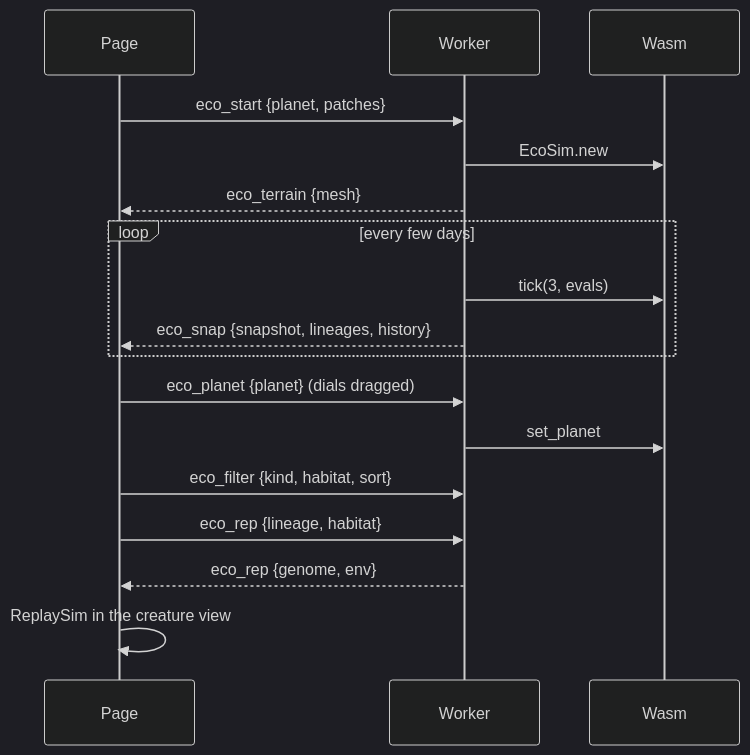
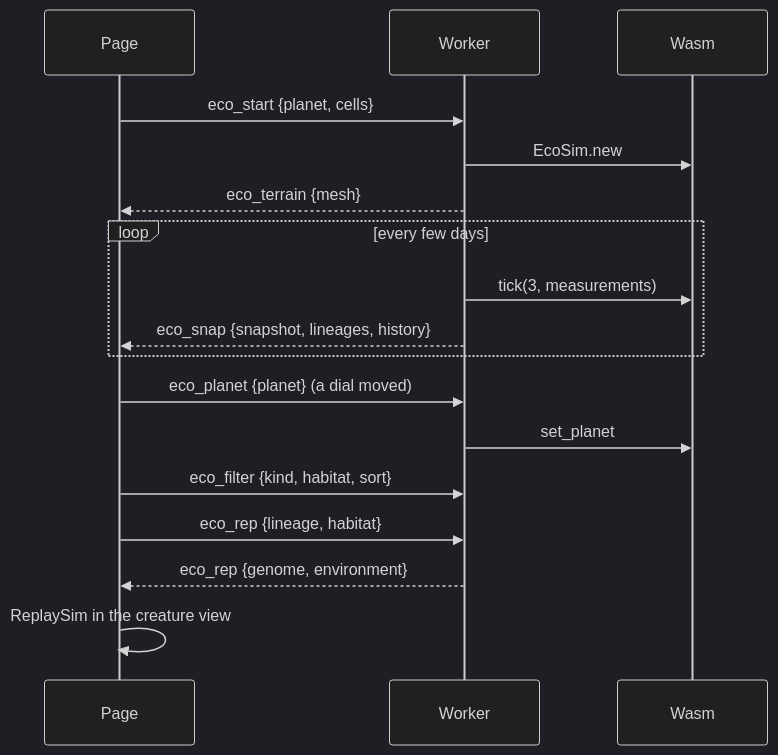
The fifth of 5 diagrams in docs/SPEC.md (Tubbles/evo-planet), drawn with Mermaid (dark theme) before and after one commit. The commit also changed other lines of this file and 13 other files, not shown here.

````diff
--- a/docs/SPEC.md
+++ b/docs/SPEC.md
@@ -350,19 +404,19 @@
 ```mermaid
 sequenceDiagram
   participant Page
   participant Worker
   participant Wasm
-  Page->>Worker: eco_start {planet, patches}
+  Page->>Worker: eco_start {planet, cells}
   Worker->>Wasm: EcoSim.new
   Worker-->>Page: eco_terrain {mesh}
   loop every few days
-    Worker->>Wasm: tick(3, evals)
+    Worker->>Wasm: tick(3, measurements)
     Worker-->>Page: eco_snap {snapshot, lineages, history}
   end
-  Page->>Worker: eco_planet {planet}  (dials dragged)
+  Page->>Worker: eco_planet {planet}  (a dial moved)
   Worker->>Wasm: set_planet
   Page->>Worker: eco_filter {kind, habitat, sort}
   Page->>Worker: eco_rep {lineage, habitat}
-  Worker-->>Page: eco_rep {genome, env}
+  Worker-->>Page: eco_rep {genome, environment}
   Page->>Page: ReplaySim in the creature view
 ```
````
